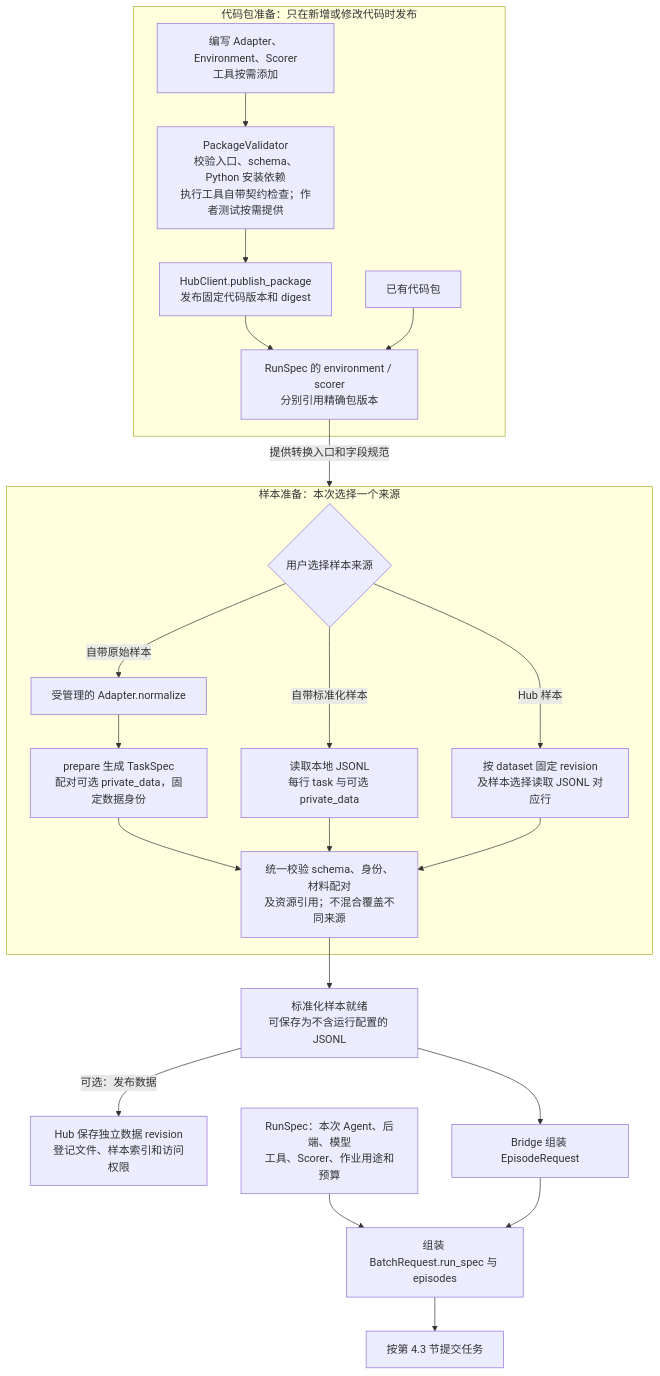
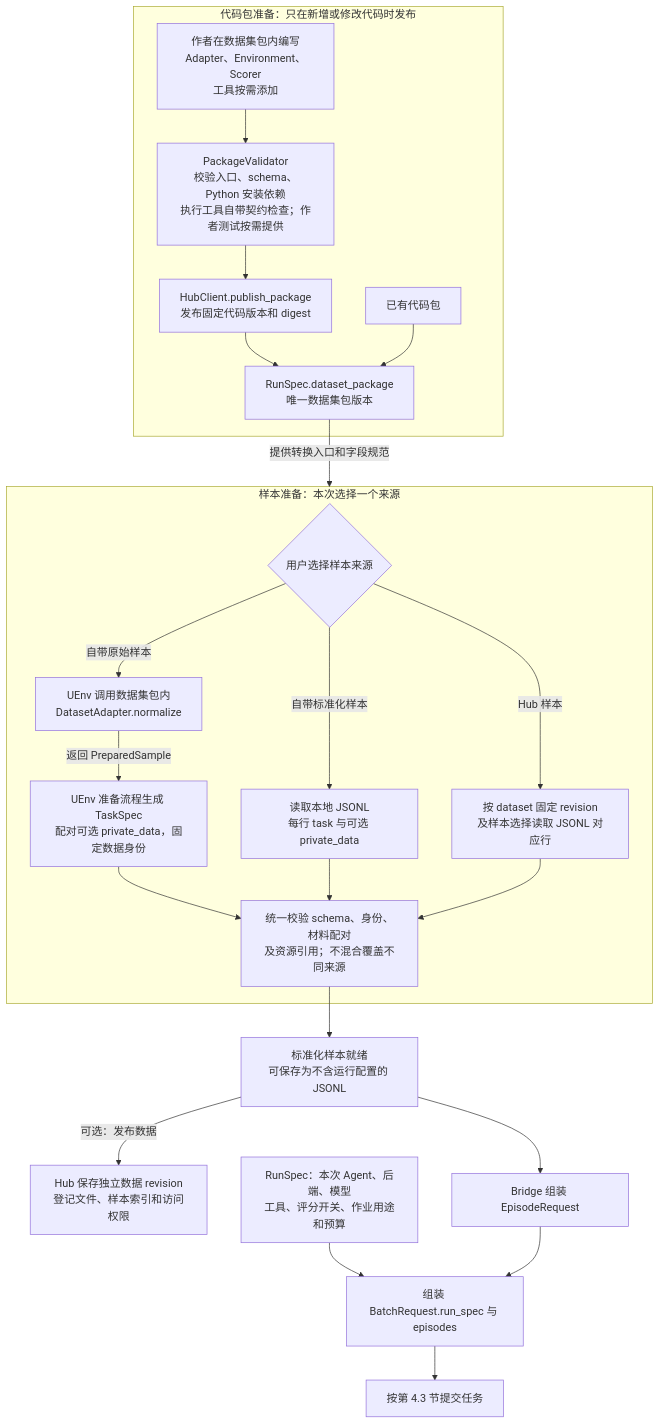
Before and after one commit to audreyyan1015/uenv_design: the third of 18 diagrams in docs/uenv_design.md, drawn with Mermaid. The commit also changed other lines of this file and 174 other files, not shown here.

````diff
--- a/docs/uenv_design.md
+++ b/docs/uenv_design.md
@@ -219,26 +220,26 @@
 ```mermaid
 flowchart TB
   subgraph PACKAGE[代码包准备：只在新增或修改代码时发布]
-    AUTHOR[编写 Adapter、Environment、Scorer<br/>工具按需添加] --> VALIDATE[PackageValidator<br/>校验入口、schema、Python 安装依赖<br/>执行工具自带契约检查；作者测试按需提供]
+    AUTHOR[作者在数据集包内编写<br/>Adapter、Environment、Scorer<br/>工具按需添加] --> VALIDATE[PackageValidator<br/>校验入口、schema、Python 安装依赖<br/>执行工具自带契约检查；作者测试按需提供]
     VALIDATE --> PUBLISH[HubClient.publish_package<br/>发布固定代码版本和 digest]
-    PUBLISH --> SELECT[RunSpec 的 environment / scorer<br/>分别引用精确包版本]
+    PUBLISH --> SELECT[RunSpec.dataset_package<br/>唯一数据集包版本]
     EXISTING[已有代码包] --> SELECT
   end
   subgraph DATA[样本准备：本次选择一个来源]
     SOURCE{用户选择样本来源}
-    SOURCE -->|自带原始样本| RAW[受管理的 Adapter.normalize]
-    RAW --> PREP[prepare 生成 TaskSpec<br/>配对可选 private_data，固定数据身份]
+    SOURCE -->|自带原始样本| RAW[UEnv 调用数据集包内<br/>DatasetAdapter.normalize]
+    RAW -->|返回 PreparedSample| PREP[UEnv 准备流程生成 TaskSpec<br/>配对可选 private_data，固定数据身份]
     SOURCE -->|自带标准化样本| LOCAL[读取本地 JSONL<br/>每行 task 与可选 private_data]
     SOURCE -->|Hub 样本| HUB[按 dataset 固定 revision<br/>及样本选择读取 JSONL 对应行]
     PREP --> CHECK[统一校验 schema、身份、材料配对<br/>及资源引用；不混合覆盖不同来源]
     LOCAL --> CHECK
     HUB --> CHECK
   end
   SELECT -->|提供转换入口和字段规范| DATA
   CHECK --> READY[标准化样本就绪<br/>可保存为不含运行配置的 JSONL]
   READY -->|可选：发布数据| SAVE[Hub 保存独立数据 revision<br/>登记文件、样本索引和访问权限]
   READY --> BUILD[Bridge 组装 EpisodeRequest]
-  RUN[RunSpec：本次 Agent、后端、模型<br/>工具、Scorer、作业用途和预算] --> BATCH[组装 BatchRequest.run_spec 与 episodes]
+  RUN[RunSpec：本次 Agent、后端、模型<br/>工具、评分开关、作业用途和预算] --> BATCH[组装 BatchRequest.run_spec 与 episodes]
   BUILD --> BATCH
   BATCH --> SUBMIT[按第 4.3 节提交任务]
 ```
````
